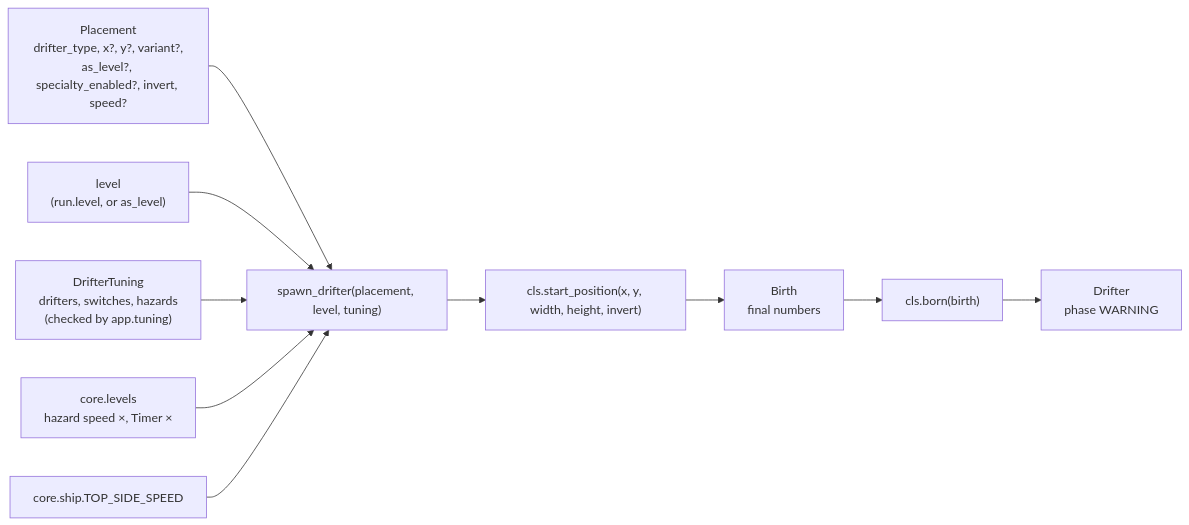
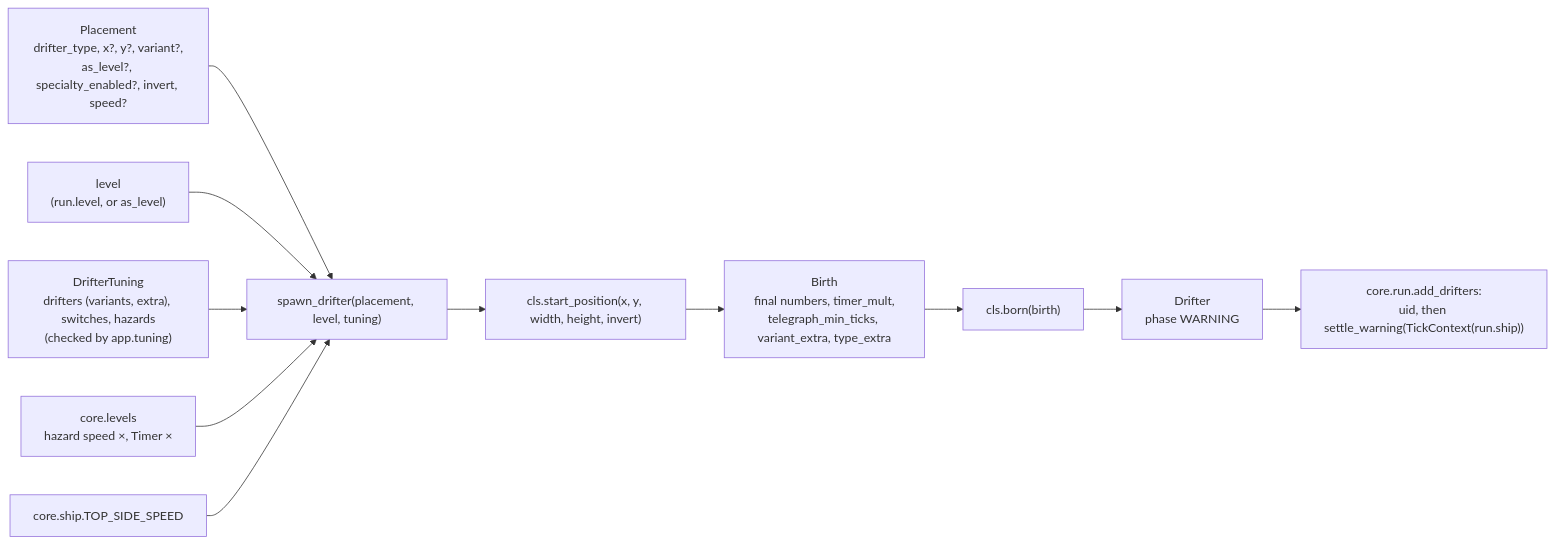
Before and after one commit to david-mntl/driftward-ace: the fourth of 6 diagrams in docs/contracts/systems/drifters.md, drawn with Mermaid. The commit also changed other lines of this file and 14 other files, not shown here.

Commit message:
docs(contracts): add line shape and chain lightning specs, schemas and DRA-47 tasks

````diff
--- a/docs/contracts/systems/drifters.md
+++ b/docs/contracts/systems/drifters.md
@@ -101,10 +125,11 @@
 ```mermaid
 flowchart LR
   P["Placement<br/>drifter_type, x?, y?, variant?,<br/>as_level?, specialty_enabled?, invert, speed?"] --> S["spawn_drifter(placement, level, tuning)"]
   L["level<br/>(run.level, or as_level)"] --> S
-  T["DrifterTuning<br/>drifters, switches, hazards<br/>(checked by app.tuning)"] --> S
+  T["DrifterTuning<br/>drifters (variants, extra), switches, hazards<br/>(checked by app.tuning)"] --> S
   LV["core.levels<br/>hazard speed ×, Timer ×"] --> S
   SH["core.ship.TOP_SIDE_SPEED"] --> S
   S --> SP["cls.start_position(x, y, width, height, invert)"]
-  SP --> B["Birth<br/>final numbers"] --> C["cls.born(birth)"] --> O["Drifter<br/>phase WARNING"]
+  SP --> B["Birth<br/>final numbers, timer_mult,<br/>telegraph_min_ticks, variant_extra, type_extra"] --> C["cls.born(birth)"] --> O["Drifter<br/>phase WARNING"]
+  O --> AD["core.run.add_drifters:<br/>uid, then settle_warning(TickContext(run.ship))"]
 ```
````
